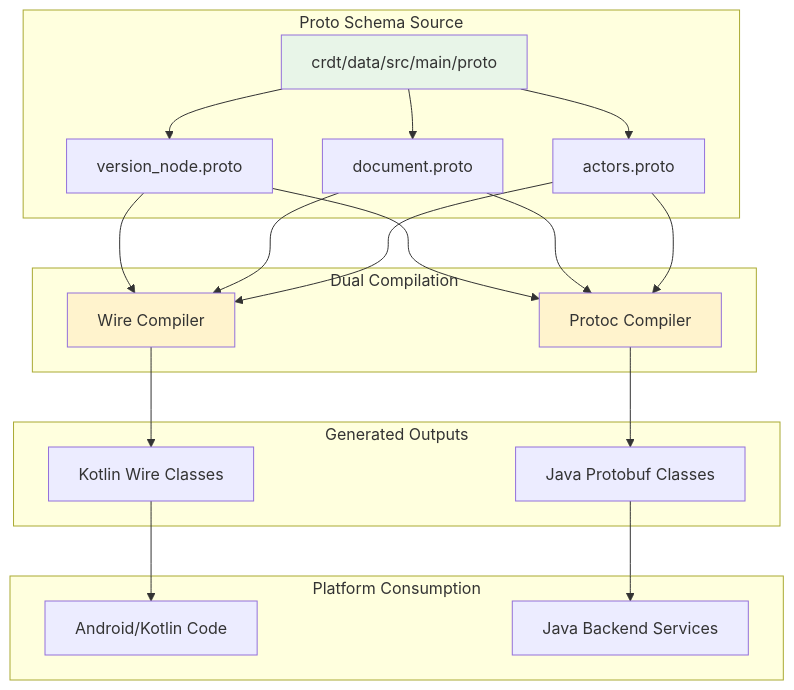
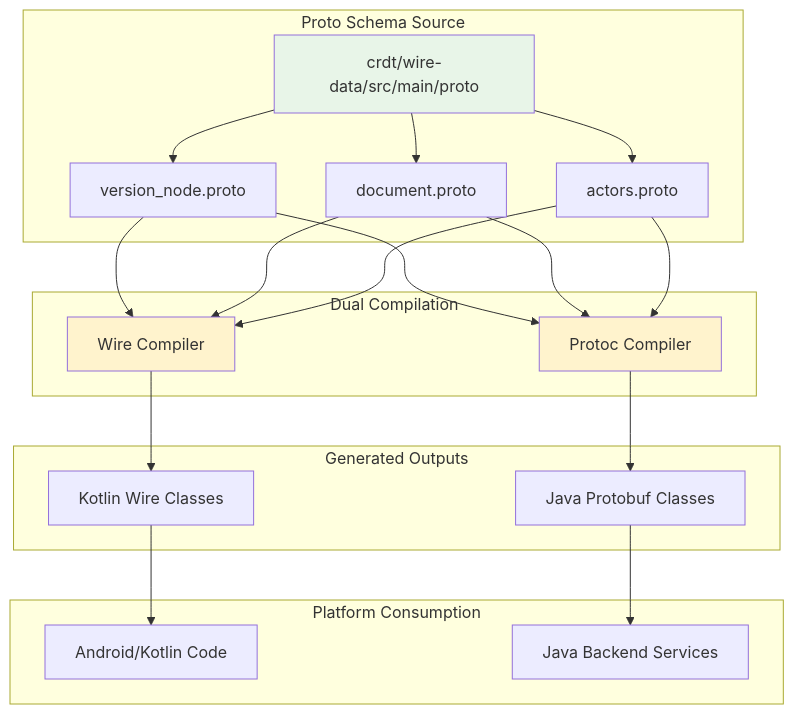
The first of 2 diagrams in protoc-data/README.md (atoms-co/lithium-crdt), drawn with Mermaid before and after one commit. The commit also changed other lines of this file and 501 other files, not shown here.

````diff
--- a/protoc-data/README.md
+++ b/protoc-data/README.md
@@ -34,32 +34,32 @@
 ```mermaid
 graph TB
     subgraph "Proto Schema Source"
-        A["crdt/data/src/main/proto"] --> B["version_node.proto"]
+        A["crdt/wire-data/src/main/proto"] --> B["version_node.proto"]
         A --> C["document.proto"]
         A --> D["actors.proto"]
     end
     
     subgraph "Dual Compilation"
         B --> E["Wire Compiler"]
         C --> E
         D --> E
         
         B --> F["Protoc Compiler"]
         C --> F
         D --> F
     end
     
     subgraph "Generated Outputs"
         E --> G["Kotlin Wire Classes"]
         F --> H["Java Protobuf Classes"]
     end
     
     subgraph "Platform Consumption"
         G --> I["Android/Kotlin Code"]
         H --> J["Java Backend Services"]
     end
     
     style A fill:#e8f5e8
     style E fill:#fff3cd
     style F fill:#fff3cd
 ```
````
